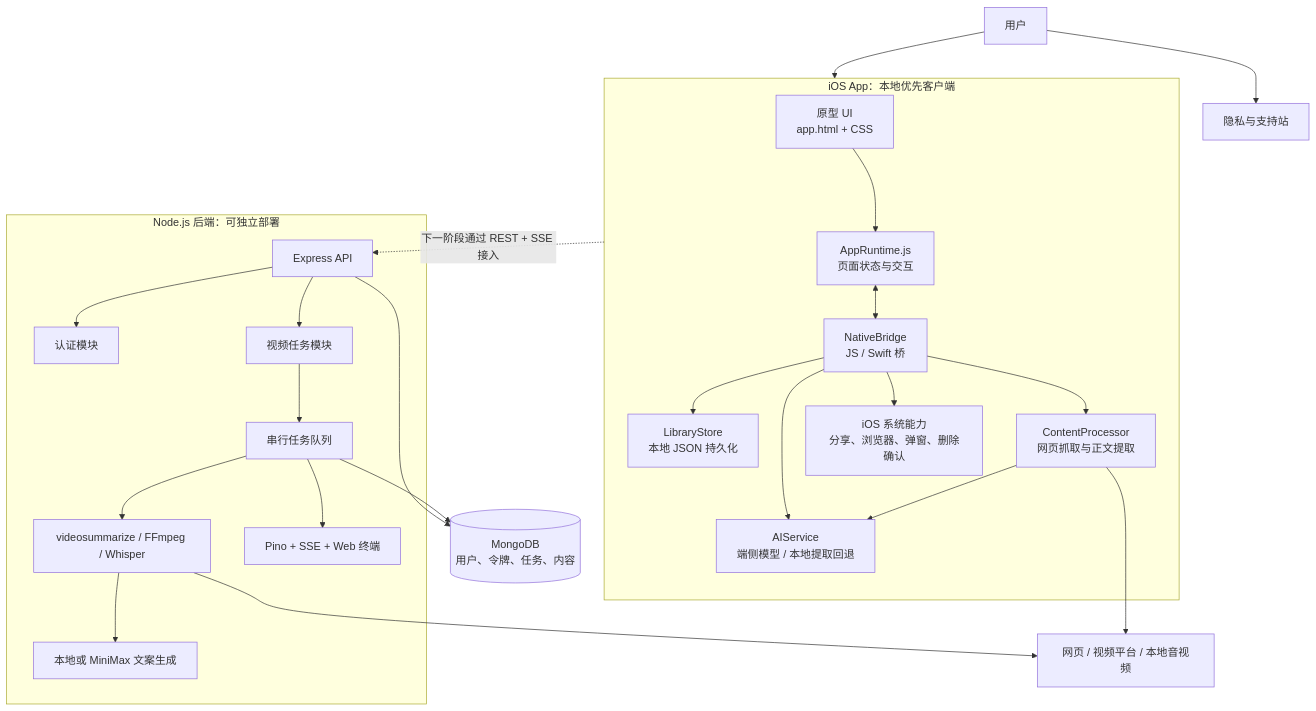
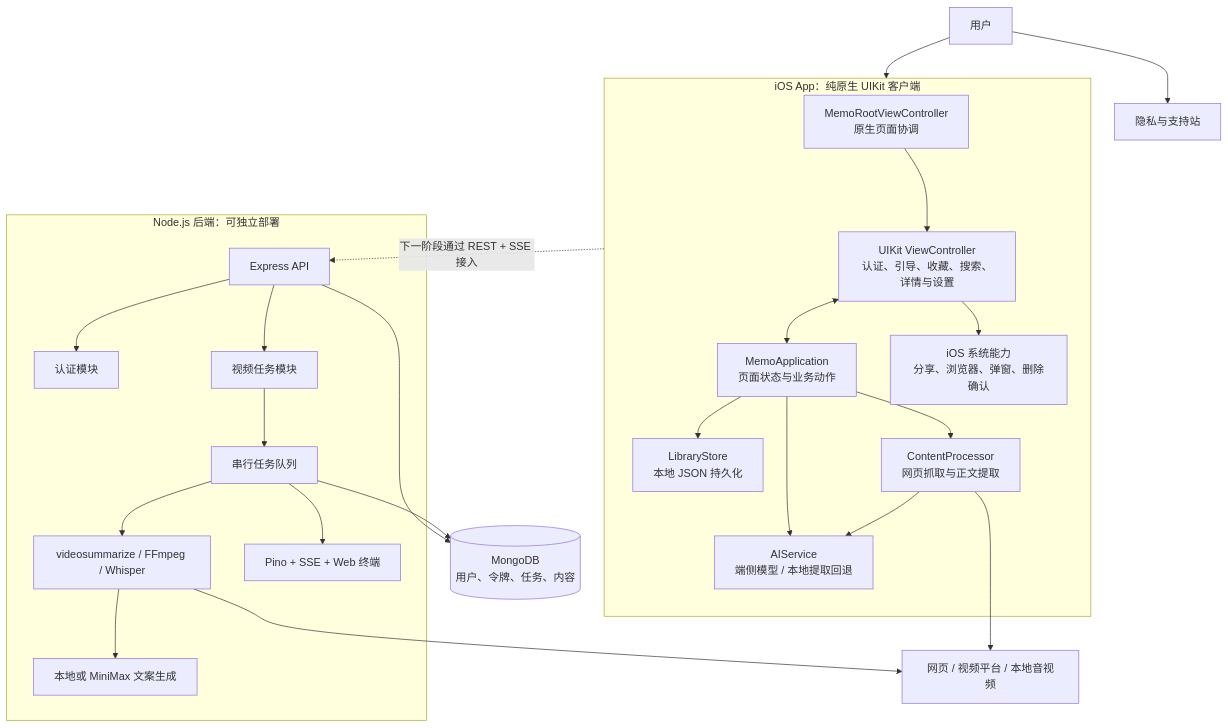
One commit to EaseLearnAI/Knowledge changed the first of 6 diagrams in Memo完整技术方案与代码导览.md. Above: the diagram before and after it, drawn with Mermaid. The commit also changed other lines of this file and 39 other files, not shown here.

Commit message:
Replace web prototype with native UIKit

````diff
--- a/Memo完整技术方案与代码导览.md
+++ b/Memo完整技术方案与代码导览.md
@@ -74,50 +74,50 @@
 ```mermaid
 flowchart TB
     U["用户"]
 
-    subgraph IOS["iOS App：本地优先客户端"]
-        UI["原型 UI<br/>app.html + CSS"]
-        JS["AppRuntime.js<br/>页面状态与交互"]
-        BRIDGE["NativeBridge<br/>JS / Swift 桥"]
+    subgraph IOS["iOS App：纯原生 UIKit 客户端"]
+        ROOT["MemoRootViewController<br/>原生页面协调"]
+        UI["UIKit ViewController<br/>认证、引导、收藏、搜索、详情与设置"]
+        APP["MemoApplication<br/>页面状态与业务动作"]
         STORE["LibraryStore<br/>本地 JSON 持久化"]
         FETCH["ContentProcessor<br/>网页抓取与正文提取"]
         AI["AIService<br/>端侧模型 / 本地提取回退"]
         SYS["iOS 系统能力<br/>分享、浏览器、弹窗、删除确认"]
-        UI --> JS
-        JS <--> BRIDGE
-        BRIDGE --> STORE
-        BRIDGE --> FETCH
-        BRIDGE --> AI
-        BRIDGE --> SYS
+        ROOT --> UI
+        UI <--> APP
+        APP --> STORE
+        APP --> FETCH
+        APP --> AI
+        UI --> SYS
         FETCH --> AI
     end
 
     subgraph API["Node.js 后端：可独立部署"]
         HTTP["Express API"]
         AUTH["认证模块"]
         VIDEO["视频任务模块"]
         QUEUE["串行任务队列"]
         PROCESSOR["videosummarize / FFmpeg / Whisper"]
         COPY["本地或 MiniMax 文案生成"]
         LOG["Pino + SSE + Web 终端"]
         HTTP --> AUTH
         HTTP --> VIDEO
         VIDEO --> QUEUE
         QUEUE --> PROCESSOR
         PROCESSOR --> COPY
         QUEUE --> LOG
     end
 
     DB[("MongoDB<br/>用户、令牌、任务、内容")]
     WEB["隐私与支持站"]
     SOURCE["网页 / 视频平台 / 本地音视频"]
 
     U --> IOS
     U --> WEB
     FETCH --> SOURCE
     PROCESSOR --> SOURCE
     HTTP --> DB
     QUEUE --> DB
 
     IOS -. "下一阶段通过 REST + SSE 接入" .-> HTTP
 ```
````
